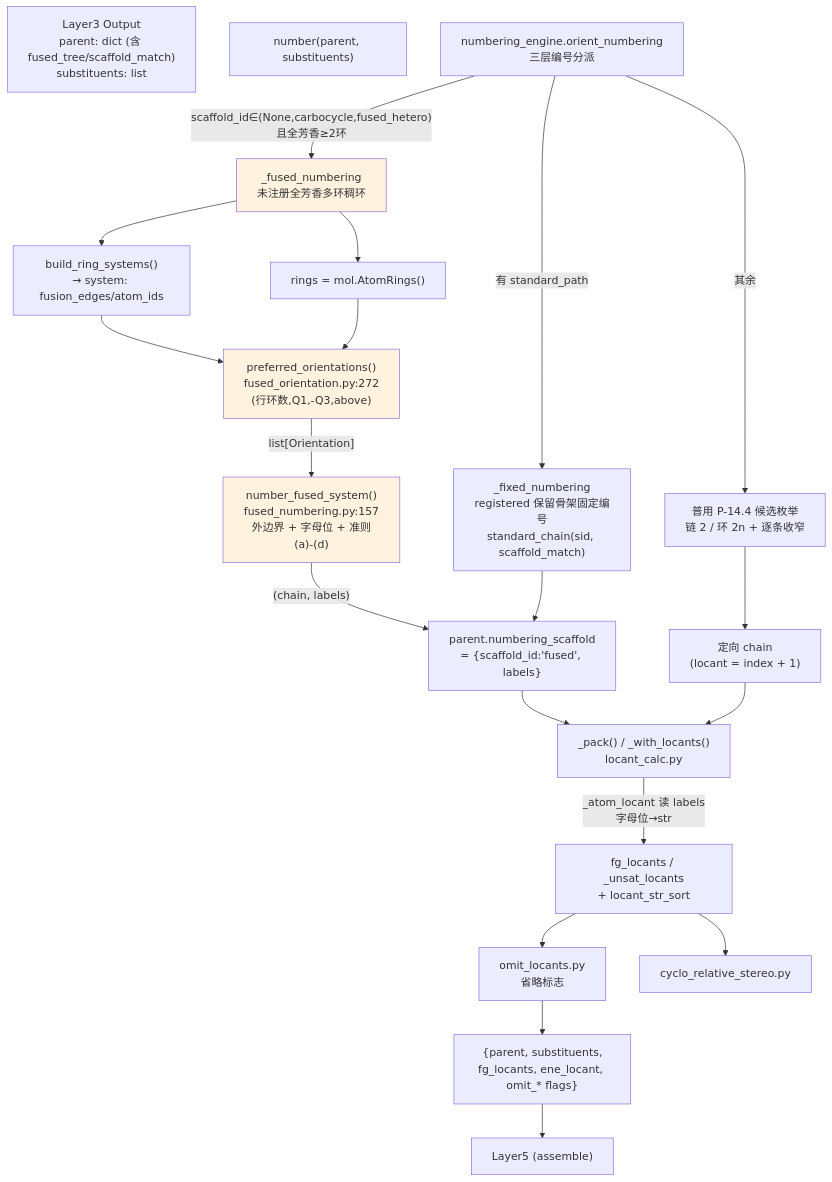
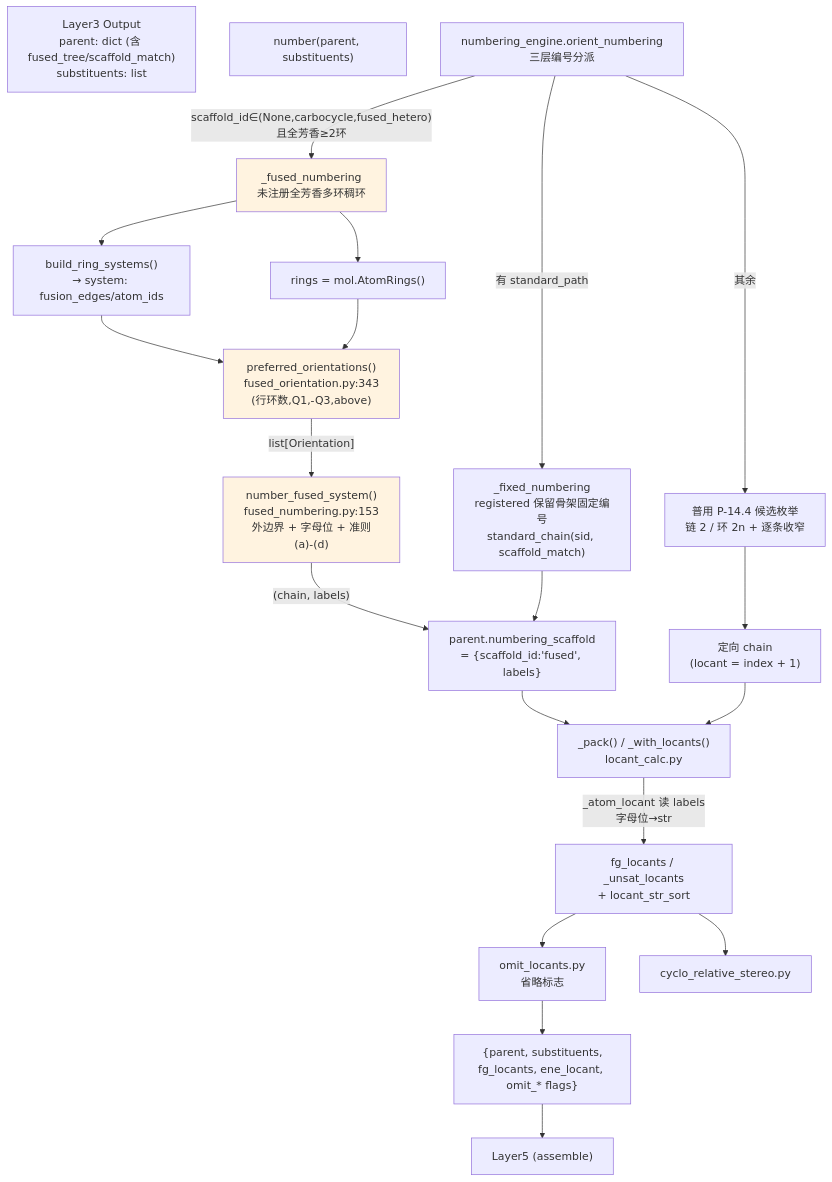
Before and after one commit to zouxiaofei1/OpenSMILES: the diagram in docs/wiki/architecture/layer4-numbering.md, drawn with Mermaid. The commit also changed other lines of this file and 14 other files, not shown here.

````diff
--- a/docs/wiki/architecture/layer4-numbering.md
+++ b/docs/wiki/architecture/layer4-numbering.md
@@ -219,35 +228,35 @@
 ```mermaid
 flowchart TD
     L3["Layer3 Output<br/>parent: dict (含 fused_tree/scaffold_match)<br/>substituents: list"]
     NUM["number(parent, substituents)"]
     ORIENT["numbering_engine.orient_numbering<br/>三层编号分派"]
 
     LEFT["_fixed_numbering<br/>registered 保留骨架固定编号<br/>standard_chain(sid, scaffold_match)"]
     FUSED["_fused_numbering<br/>未注册全芳香多环稠环"]
     GEN["普用 P-14.4 候选枚举<br/>链 2 / 环 2n + 逐条收窄"]
 
     ORIENT -->|"有 standard_path"| LEFT
     ORIENT -->|"scaffold_id∈(None,carbocycle,fused_hetero)<br/>且全芳香≥2环"| FUSED
     ORIENT -->|"其余"| GEN
 
     FUSED --> BRS["build_ring_systems()<br/>→ system: fusion_edges/atom_ids"]
     FUSED --> RINGS["rings = mol.AtomRings()"]
-    BRS --> ORIENT2["preferred_orientations()<br/>fused_orientation.py:272<br/>(行环数,Q1,-Q3,above)"]
+    BRS --> ORIENT2["preferred_orientations()<br/>fused_orientation.py:343<br/>(行环数,Q1,-Q3,above)"]
     RINGS --> ORIENT2
-    ORIENT2 -->|"list[Orientation]"| NF["number_fused_system()<br/>fused_numbering.py:157<br/>外边界 + 字母位 + 准则(a)-(d)"]
+    ORIENT2 -->|"list[Orientation]"| NF["number_fused_system()<br/>fused_numbering.py:153<br/>外边界 + 字母位 + 准则(a)-(d)"]
     NF -->|"(chain, labels)"| SCAFF["parent.numbering_scaffold<br/>= {scaffold_id:'fused', labels}"]
     LEFT --> SCAFF
 
     SCAFF --> PACK["_pack() / _with_locants()<br/>locant_calc.py"]
     PACK -->|"_atom_locant 读 labels<br/>字母位→str"| LOCS["fg_locants / _unsat_locants<br/>+ locant_str_sort"]
     LOCS --> OMIT["omit_locants.py<br/>省略标志"]
     LOCS --> STEREO["cyclo_relative_stereo.py"]
     OMIT --> OUT["{parent, substituents,<br/>fg_locants, ene_locant, omit_* flags}"]
     OUT --> L5["Layer5 (assemble)"]
 
     GEN --> CHAIN["定向 chain<br/>(locant = index + 1)"]
     CHAIN --> PACK
     style FUSED fill:#fff3e0
     style NF fill:#fff3e0
     style ORIENT2 fill:#fff3e0
 ```
````
